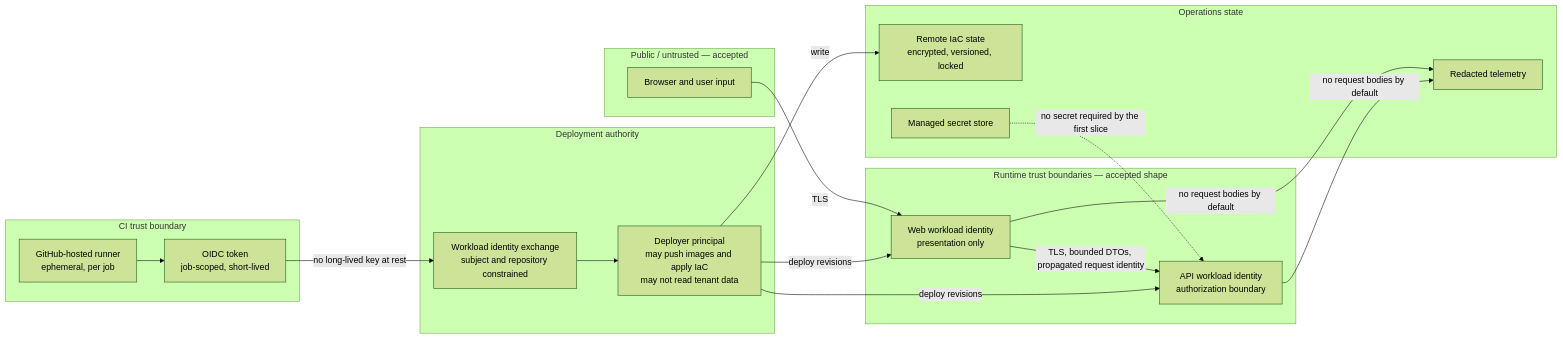
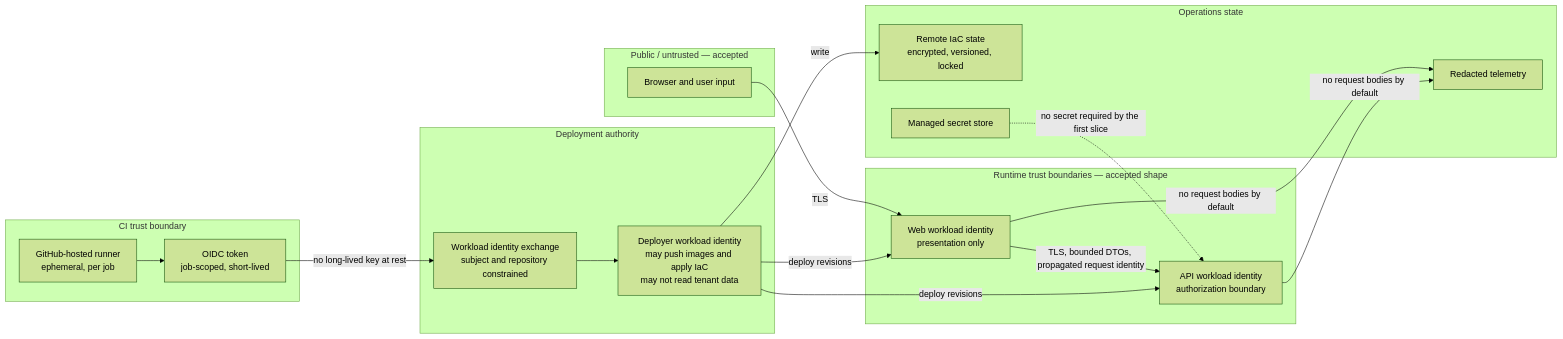
The second of 3 diagrams in docs/operations/deployment-composition.md (money-noodle/money-noodle), drawn with Mermaid (forest theme) before and after one commit. The commit also changed other lines of this file and 14 other files, not shown here.

Commit message:
Adopt principal and workload identity vocabulary (#55)

````diff
--- a/docs/operations/deployment-composition.md
+++ b/docs/operations/deployment-composition.md
@@ -310,39 +310,39 @@
 ```mermaid
 flowchart LR
     subgraph public["Public / untrusted — accepted"]
         browser["Browser and user input"]
     end
 
     subgraph ci["CI trust boundary"]
         runner["GitHub-hosted runner<br/>ephemeral, per job"]
         token["OIDC token<br/>job-scoped, short-lived"]
     end
 
     subgraph deploy["Deployment authority"]
         exchange["Workload identity exchange<br/>subject and repository constrained"]
-        deployer["Deployer principal<br/>may push images and apply IaC<br/>may not read tenant data"]
+        deployer["Deployer workload identity<br/>may push images and apply IaC<br/>may not read tenant data"]
     end
 
     subgraph runtime["Runtime trust boundaries — accepted shape"]
         webId["Web workload identity<br/>presentation only"]
         apiId["API workload identity<br/>authorization boundary"]
     end
 
     subgraph state["Operations state"]
         iac["Remote IaC state<br/>encrypted, versioned, locked"]
         vault["Managed secret store"]
         tel["Redacted telemetry"]
     end
 
     browser -->|TLS| webId
     webId -->|TLS, bounded DTOs, propagated request identity| apiId
     runner --> token
     token -->|no long-lived key at rest| exchange
     exchange --> deployer
     deployer -->|write| iac
     deployer -->|deploy revisions| webId
     deployer -->|deploy revisions| apiId
     vault -. "no secret required by the first slice" .-> apiId
     webId -->|no request bodies by default| tel
     apiId -->|no request bodies by default| tel
 ```
````
